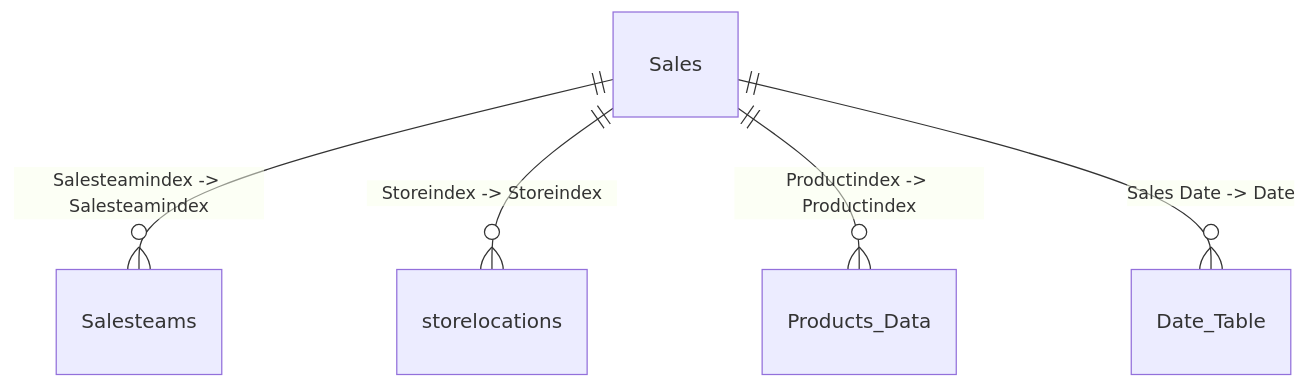
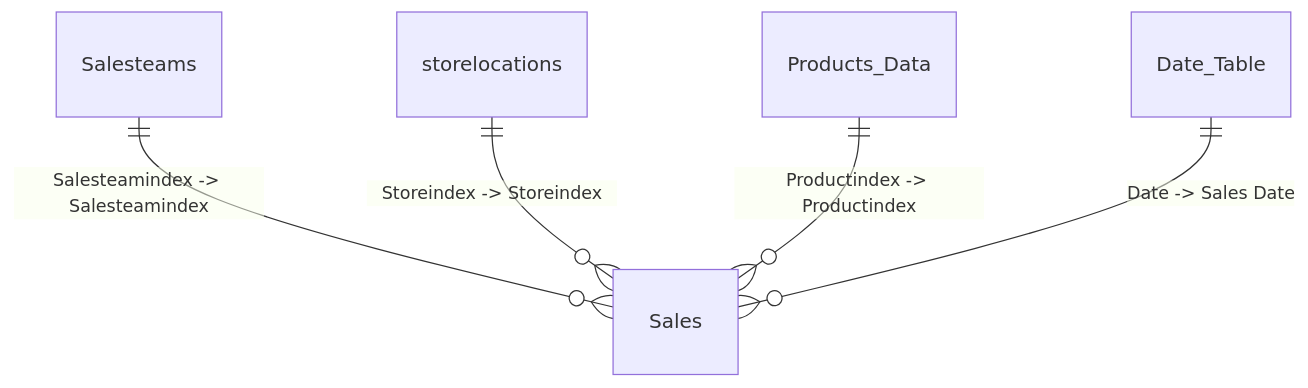
One commit to gaganpasupuleti/job-ready-platform changed the diagram in frontend/public/reports/executive-sales-toast-lab/relationships.md. Above: the diagram before and after it, drawn with Mermaid. The commit also changed 68 other files, not shown here.

````diff
--- a/frontend/public/reports/executive-sales-toast-lab/relationships.md
+++ b/frontend/public/reports/executive-sales-toast-lab/relationships.md
@@ -12,7 +12,7 @@
 ```mermaid
 erDiagram
-    Sales ||--o{ Salesteams : "Salesteamindex -> Salesteamindex"
-    Sales ||--o{ storelocations : "Storeindex -> Storeindex"
-    Sales ||--o{ Products_Data : "Productindex -> Productindex"
-    Sales ||--o{ Date_Table : "Sales Date -> Date"
+    Salesteams ||--o{ Sales : "Salesteamindex -> Salesteamindex"
+    storelocations ||--o{ Sales : "Storeindex -> Storeindex"
+    Products_Data ||--o{ Sales : "Productindex -> Productindex"
+    Date_Table ||--o{ Sales : "Date -> Sales Date"
 ```
````
